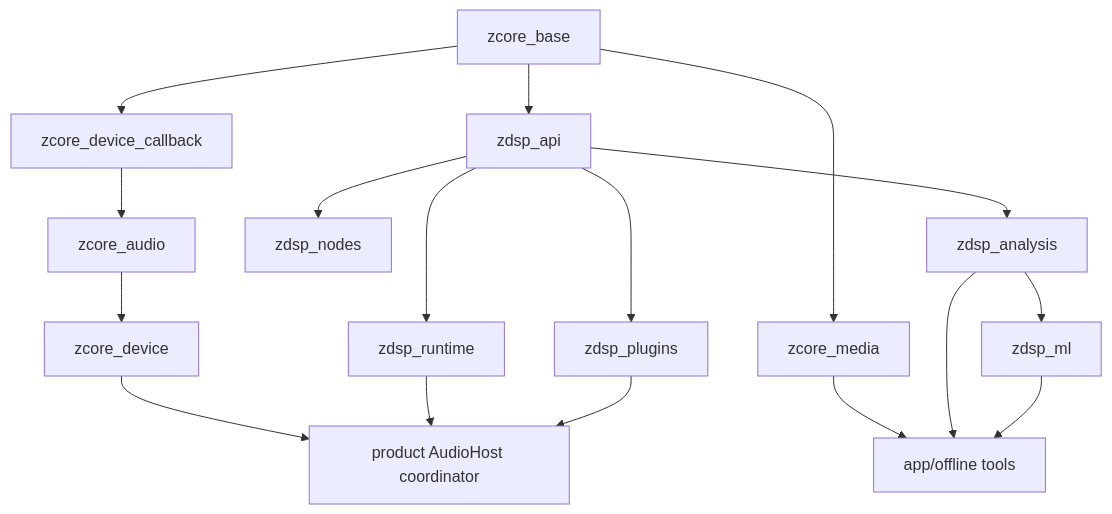
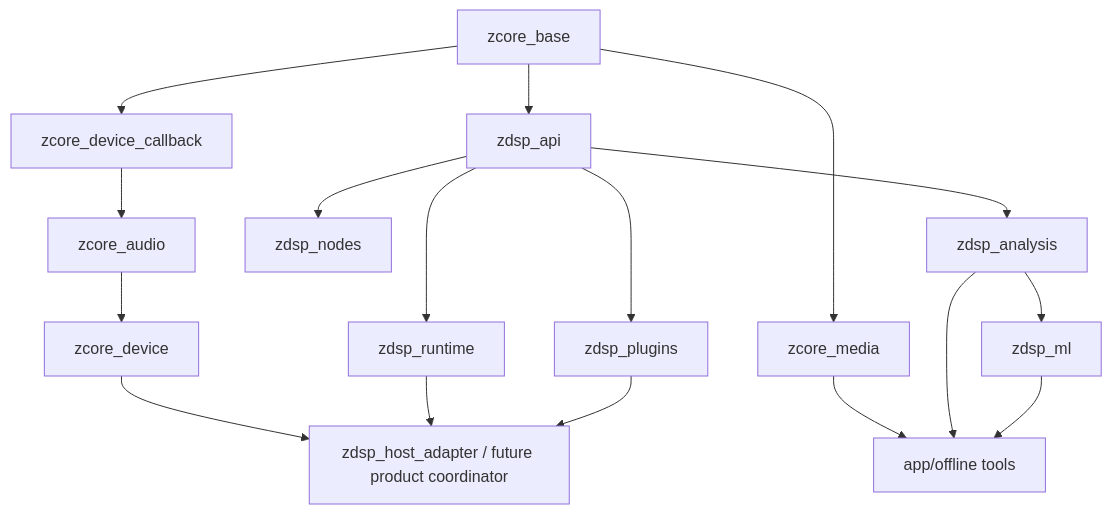
The diagram in docs/NATIVE-CORE-DESIGN.md (lexasoft123/SingZ), drawn with Mermaid before and after one commit. The commit also changed other lines of this file and 30 other files, not shown here.

Commit message:
Add standalone full-duplex audio host

````diff
--- a/docs/NATIVE-CORE-DESIGN.md
+++ b/docs/NATIVE-CORE-DESIGN.md
@@ -58,21 +58,21 @@
 ```mermaid
 flowchart TD
   B[zcore_base] --> C[zcore_device_callback]
   C --> A[zcore_audio]
   A --> D[zcore_device]
   B --> M[zcore_media]
 
   B --> API[zdsp_api]
   API --> RT[zdsp_runtime]
   API --> N[zdsp_nodes]
   API --> AN[zdsp_analysis]
   AN --> ML[zdsp_ml]
   API --> PL[zdsp_plugins]
 
-  D --> H[product AudioHost coordinator]
+  D --> H[zdsp_host_adapter / future product coordinator]
   RT --> H
   M --> APP[app/offline tools]
   AN --> APP
   ML --> APP
   PL --> H
 ```
````
